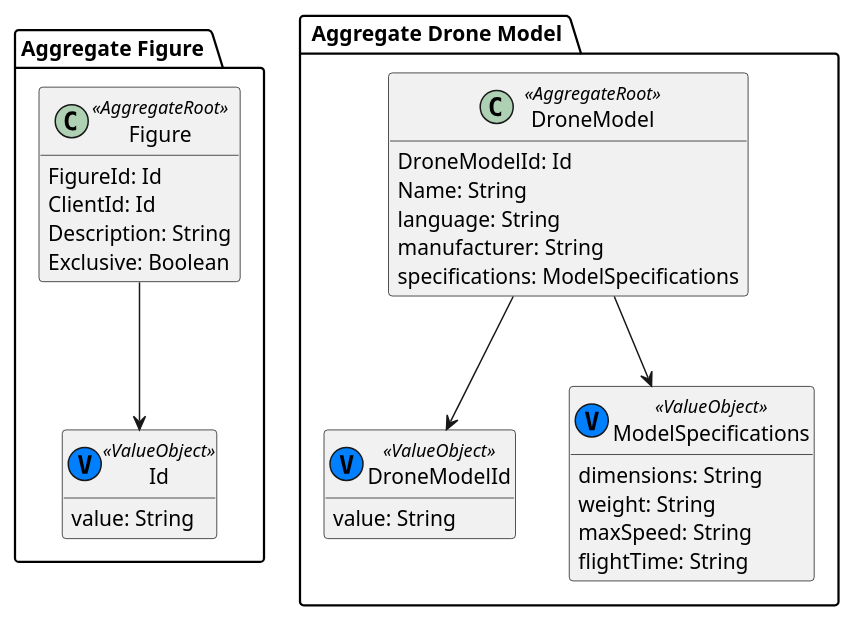
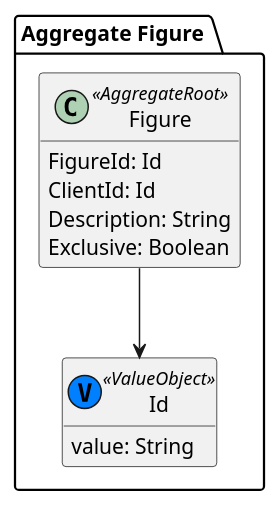
Before and after one commit to HenriqueSilva18/Drone-Show-Management-System: the diagram in docs/us_110/subDomains/domains/aggregate_figure.puml, drawn with PlantUML. The commit also changed 5 other files, not shown here.

```diff
--- a/docs/us_110/subDomains/domains/aggregate_figure.puml
+++ b/docs/us_110/subDomains/domains/aggregate_figure.puml
@@ -1,50 +1,23 @@
 @startuml
 hide methods
 
 package "Aggregate Figure " {
 
     ' Agregado Figure (Aggregate Root)
     class Figure <<AggregateRoot>> {
         FigureId: Id
         ClientId: Id
         Description: String
         Exclusive: Boolean
     }
 
     ' Value Objects relacionados
     class Id <<(V, #007fff) ValueObject>> {
         value: String
     }
 
     ' Ligações
     Figure --> Id
 }
 
-package " Aggregate Drone Model " {
-
-    ' Agregado DroneModel (Aggregate Root)
-    class DroneModel <<AggregateRoot>> {
-        DroneModelId: Id
-        Name: String
-        language: String
-        manufacturer: String
-        specifications: ModelSpecifications
-    }
-
-    ' Value Objects associados
-    class DroneModelId <<(V, #007fff) ValueObject>> {
-        value: String
-    }
-
-    class ModelSpecifications <<(V, #007fff) ValueObject>> {
-        dimensions: String
-        weight: String
-        maxSpeed: String
-        flightTime: String
-    }
-
-    ' Ligações
-    DroneModel --> DroneModelId
-    DroneModel --> ModelSpecifications
-}
 @enduml
```
